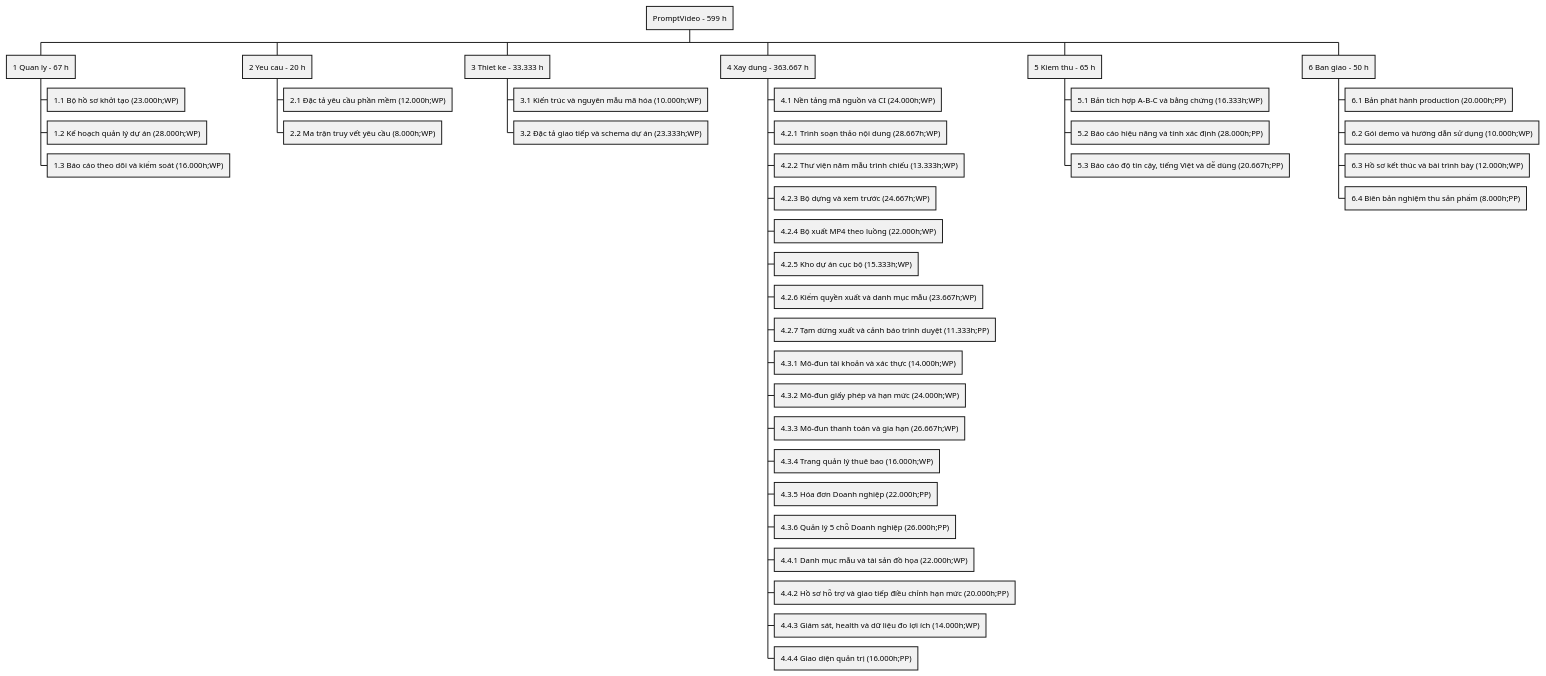
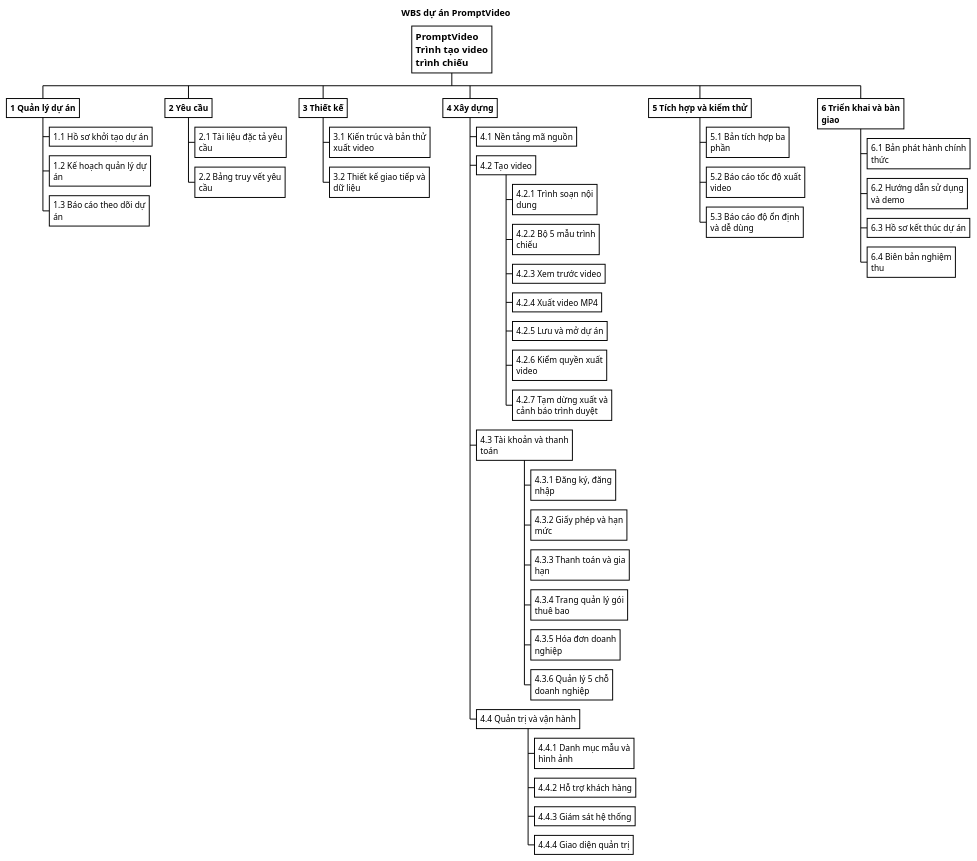
Before and after one commit to luulichma/PromptVideo: the diagram in md-docs/02_Planning/05_WBS_PromptVideo.puml, drawn with PlantUML. The commit also changed 60 other files, not shown here.

```diff
--- a/md-docs/02_Planning/05_WBS_PromptVideo.puml
+++ b/md-docs/02_Planning/05_WBS_PromptVideo.puml
@@ -1,41 +1,68 @@
 @startwbs
-* PromptVideo - 599 h
-** 1 Quan ly - 67 h
-*** 1.1 Bộ hồ sơ khởi tạo (23.000h;WP)
-*** 1.2 Kế hoạch quản lý dự án (28.000h;WP)
-*** 1.3 Báo cáo theo dõi và kiểm soát (16.000h;WP)
-** 2 Yeu cau - 20 h
-*** 2.1 Đặc tả yêu cầu phần mềm (12.000h;WP)
-*** 2.2 Ma trận truy vết yêu cầu (8.000h;WP)
-** 3 Thiet ke - 33.333 h
-*** 3.1 Kiến trúc và nguyên mẫu mã hóa (10.000h;WP)
-*** 3.2 Đặc tả giao tiếp và schema dự án (23.333h;WP)
-** 4 Xay dung - 363.667 h
-*** 4.1 Nền tảng mã nguồn và CI (24.000h;WP)
-*** 4.2.1 Trình soạn thảo nội dung (28.667h;WP)
-*** 4.2.2 Thư viện năm mẫu trình chiếu (13.333h;WP)
-*** 4.2.3 Bộ dựng và xem trước (24.667h;WP)
-*** 4.2.4 Bộ xuất MP4 theo luồng (22.000h;WP)
-*** 4.2.5 Kho dự án cục bộ (15.333h;WP)
-*** 4.2.6 Kiểm quyền xuất và danh mục mẫu (23.667h;WP)
-*** 4.2.7 Tạm dừng xuất và cảnh báo trình duyệt (11.333h;PP)
-*** 4.3.1 Mô-đun tài khoản và xác thực (14.000h;WP)
-*** 4.3.2 Mô-đun giấy phép và hạn mức (24.000h;WP)
-*** 4.3.3 Mô-đun thanh toán và gia hạn (26.667h;WP)
-*** 4.3.4 Trang quản lý thuê bao (16.000h;WP)
-*** 4.3.5 Hóa đơn Doanh nghiệp (22.000h;PP)
-*** 4.3.6 Quản lý 5 chỗ Doanh nghiệp (26.000h;PP)
-*** 4.4.1 Danh mục mẫu và tài sản đồ họa (22.000h;WP)
-*** 4.4.2 Hồ sơ hỗ trợ và giao tiếp điều chỉnh hạn mức (20.000h;PP)
-*** 4.4.3 Giám sát, health và dữ liệu đo lợi ích (14.000h;WP)
-*** 4.4.4 Giao diện quản trị (16.000h;PP)
-** 5 Kiem thu - 65 h
-*** 5.1 Bản tích hợp A–B–C và bằng chứng (16.333h;WP)
-*** 5.2 Báo cáo hiệu năng và tính xác định (28.000h;PP)
-*** 5.3 Báo cáo độ tin cậy, tiếng Việt và dễ dùng (20.667h;PP)
-** 6 Ban giao - 50 h
-*** 6.1 Bản phát hành production (20.000h;PP)
-*** 6.2 Gói demo và hướng dẫn sử dụng (10.000h;WP)
-*** 6.3 Hồ sơ kết thúc và bài trình bày (12.000h;WP)
-*** 6.4 Biên bản nghiệm thu sản phẩm (8.000h;PP)
+<style>
+wbsDiagram {
+  FontName "Times New Roman"
+  FontSize 13
+  LineColor black
+  BackgroundColor white
+  node {
+    BackgroundColor white
+    LineColor black
+    RoundCorner 0
+    Padding 6
+    MaximumWidth 150
+  }
+  :depth(0) {
+    FontStyle bold
+    FontSize 15
+  }
+  :depth(1) {
+    FontStyle bold
+  }
+}
+</style>
+title WBS dự án PromptVideo
+
+* PromptVideo\nTrình tạo video trình chiếu
+** 1 Quản lý dự án
+*** 1.1 Hồ sơ khởi tạo dự án
+*** 1.2 Kế hoạch quản lý dự án
+*** 1.3 Báo cáo theo dõi dự án
+** 2 Yêu cầu
+*** 2.1 Tài liệu đặc tả yêu cầu
+*** 2.2 Bảng truy vết yêu cầu
+** 3 Thiết kế
+*** 3.1 Kiến trúc và bản thử xuất video
+*** 3.2 Thiết kế giao tiếp và dữ liệu
+** 4 Xây dựng
+*** 4.1 Nền tảng mã nguồn
+*** 4.2 Tạo video
+**** 4.2.1 Trình soạn nội dung
+**** 4.2.2 Bộ 5 mẫu trình chiếu
+**** 4.2.3 Xem trước video
+**** 4.2.4 Xuất video MP4
+**** 4.2.5 Lưu và mở dự án
+**** 4.2.6 Kiểm quyền xuất video
+**** 4.2.7 Tạm dừng xuất và cảnh báo trình duyệt
+*** 4.3 Tài khoản và thanh toán
+**** 4.3.1 Đăng ký, đăng nhập
+**** 4.3.2 Giấy phép và hạn mức
+**** 4.3.3 Thanh toán và gia hạn
+**** 4.3.4 Trang quản lý gói thuê bao
+**** 4.3.5 Hóa đơn doanh nghiệp
+**** 4.3.6 Quản lý 5 chỗ doanh nghiệp
+*** 4.4 Quản trị và vận hành
+**** 4.4.1 Danh mục mẫu và hình ảnh
+**** 4.4.2 Hỗ trợ khách hàng
+**** 4.4.3 Giám sát hệ thống
+**** 4.4.4 Giao diện quản trị
+** 5 Tích hợp và kiểm thử
+*** 5.1 Bản tích hợp ba phần
+*** 5.2 Báo cáo tốc độ xuất video
+*** 5.3 Báo cáo độ ổn định và dễ dùng
+** 6 Triển khai và bàn giao
+*** 6.1 Bản phát hành chính thức
+*** 6.2 Hướng dẫn sử dụng và demo
+*** 6.3 Hồ sơ kết thúc dự án
+*** 6.4 Biên bản nghiệm thu
 @endwbs
```
